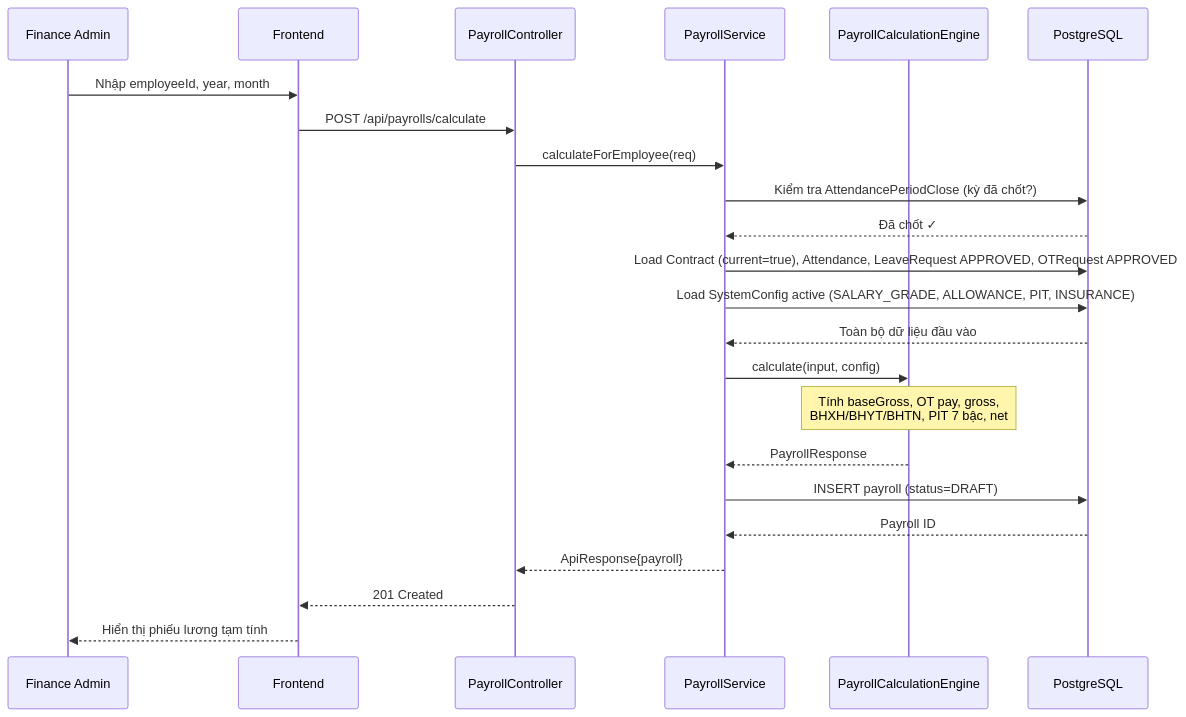
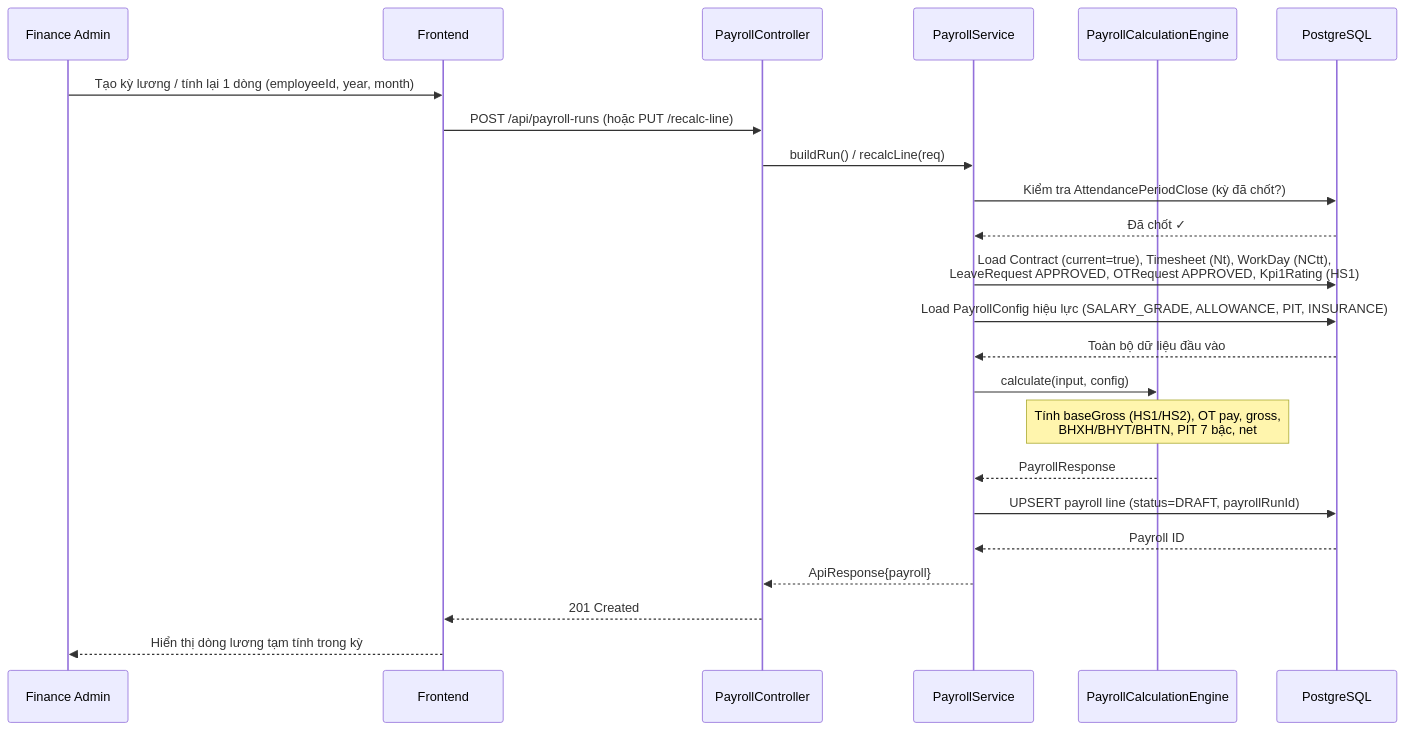
One commit to NBachTH/HRMS changed diagram 17 of 19 in docs/DATN_20204812_NguyenThanhBach/DATN_20204812_NguyenThanhBach.md. Above: the diagram before and after it, drawn with Mermaid. The commit also changed other lines of this file and 88 other files, not shown here.

Commit message:
fix Contract, Payroll Run flow

````diff
--- a/docs/DATN_20204812_NguyenThanhBach/DATN_20204812_NguyenThanhBach.md
+++ b/docs/DATN_20204812_NguyenThanhBach/DATN_20204812_NguyenThanhBach.md
@@ -1661,26 +1769,26 @@
 ```mermaid
 sequenceDiagram
     participant FA as Finance Admin
     participant FE as Frontend
     participant PC as PayrollController
     participant PS as PayrollService
     participant PCE as PayrollCalculationEngine
     participant DB as PostgreSQL
 
-    FA->>FE: Nhập employeeId, year, month
-    FE->>PC: POST /api/payrolls/calculate
-    PC->>PS: calculateForEmployee(req)
+    FA->>FE: Tạo kỳ lương / tính lại 1 dòng (employeeId, year, month)
+    FE->>PC: POST /api/payroll-runs (hoặc PUT /recalc-line)
+    PC->>PS: buildRun() / recalcLine(req)
     PS->>DB: Kiểm tra AttendancePeriodClose (kỳ đã chốt?)
     DB-->>PS: Đã chốt ✓
-    PS->>DB: Load Contract (current=true), Attendance, LeaveRequest APPROVED, OTRequest APPROVED
-    PS->>DB: Load SystemConfig active (SALARY_GRADE, ALLOWANCE, PIT, INSURANCE)
+    PS->>DB: Load Contract (current=true), Timesheet (Nt), WorkDay (NCtt),<br/>LeaveRequest APPROVED, OTRequest APPROVED, Kpi1Rating (HS1)
+    PS->>DB: Load PayrollConfig hiệu lực (SALARY_GRADE, ALLOWANCE, PIT, INSURANCE)
     DB-->>PS: Toàn bộ dữ liệu đầu vào
     PS->>PCE: calculate(input, config)
-    Note over PCE: Tính baseGross, OT pay, gross,<br/>BHXH/BHYT/BHTN, PIT 7 bậc, net
+    Note over PCE: Tính baseGross (HS1/HS2), OT pay, gross,<br/>BHXH/BHYT/BHTN, PIT 7 bậc, net
     PCE-->>PS: PayrollResponse
-    PS->>DB: INSERT payroll (status=DRAFT)
+    PS->>DB: UPSERT payroll line (status=DRAFT, payrollRunId)
     DB-->>PS: Payroll ID
     PS-->>PC: ApiResponse{payroll}
     PC-->>FE: 201 Created
-    FE-->>FA: Hiển thị phiếu lương tạm tính
+    FE-->>FA: Hiển thị dòng lương tạm tính trong kỳ
 ```
````
